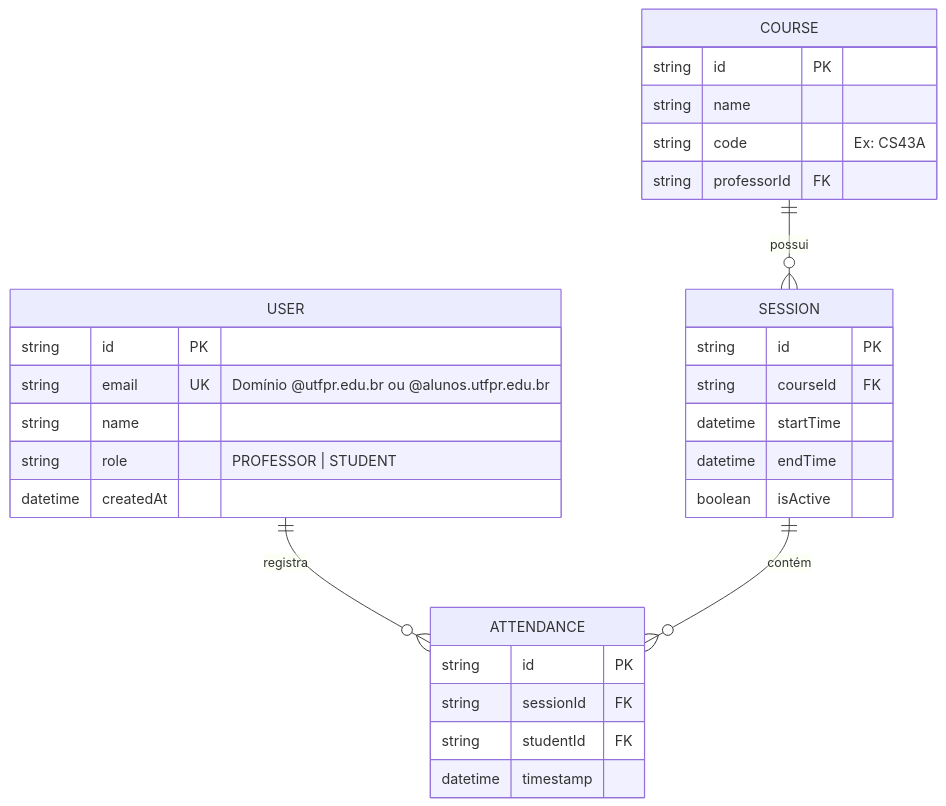
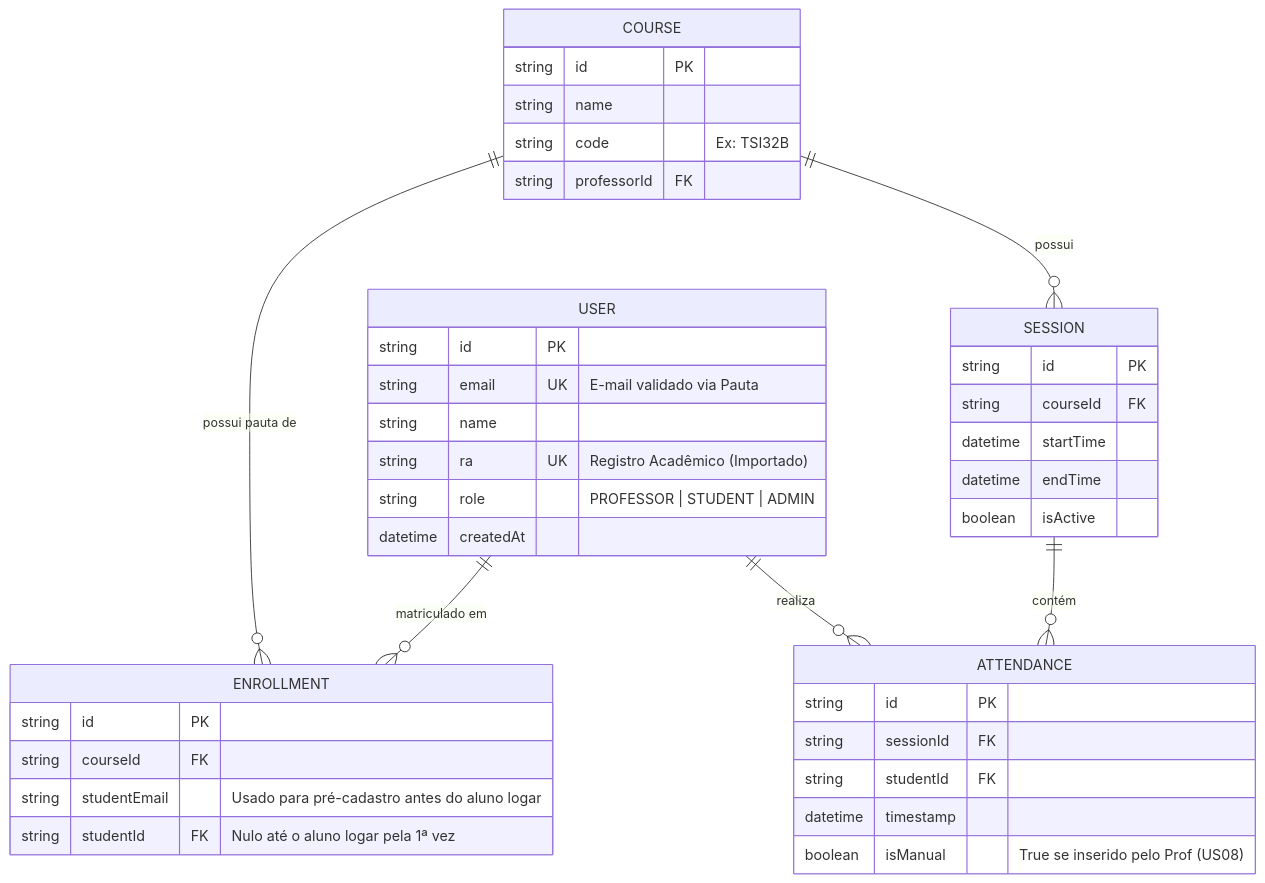
The diagram in docs/sdd.md (utfpr-gp/to-aqui), drawn with Mermaid before and after one commit. The commit also changed other lines of this file and 50 other files, not shown here.

````diff
--- a/docs/sdd.md
+++ b/docs/sdd.md
@@ -52,36 +60,47 @@
 ```mermaid
 erDiagram
-    USER ||--o{ ATTENDANCE : "registra"
+    COURSE ||--o{ ENROLLMENT : "possui pauta de"
+    USER ||--o{ ENROLLMENT : "matriculado em"
+    USER ||--o{ ATTENDANCE : "realiza"
     COURSE ||--o{ SESSION : "possui"
     SESSION ||--o{ ATTENDANCE : "contém"
 
     USER {
         string id PK
-        string email UK "Domínio @utfpr.edu.br ou @alunos.utfpr.edu.br"
+        string email UK "E-mail validado via Pauta"
         string name
-        string role "PROFESSOR | STUDENT"
+        string ra UK "Registro Acadêmico (Importado)"
+        string role "PROFESSOR | STUDENT | ADMIN"
         datetime createdAt
     }
 
     COURSE {
         string id PK
         string name
-        string code "Ex: CS43A"
+        string code "Ex: TSI32B"
         string professorId FK
+    }
+
+    ENROLLMENT {
+        string id PK
+        string courseId FK
+        string studentEmail "Usado para pré-cadastro antes do aluno logar"
+        string studentId FK "Nulo até o aluno logar pela 1ª vez"
     }
 
     SESSION {
         string id PK
         string courseId FK
         datetime startTime
         datetime endTime
         boolean isActive
     }
 
     ATTENDANCE {
         string id PK
         string sessionId FK
         string studentId FK
         datetime timestamp
+        boolean isManual "True se inserido pelo Prof (US08)"
     }
 ```
````
